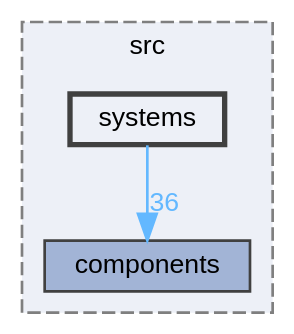
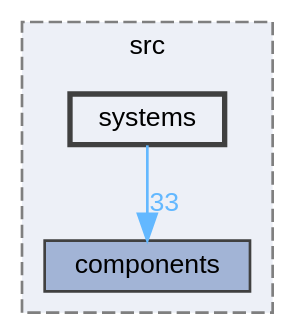
The diagram in dir_b6cc2f1b30b06e8d717dd3f4fede875e_dep.dot (Houpsi/R-Type), drawn with Graphviz before and after one commit. The commit also changed 283 other files, not shown here.

```diff
--- a/dir_b6cc2f1b30b06e8d717dd3f4fede875e_dep.dot
+++ b/dir_b6cc2f1b30b06e8d717dd3f4fede875e_dep.dot
@@ -1,14 +1,14 @@
 digraph "ecs/src/systems"
 {
  // LATEX_PDF_SIZE
   bgcolor="transparent";
   edge [fontname=Helvetica,fontsize=10,labelfontname=Helvetica,labelfontsize=10];
   node [fontname=Helvetica,fontsize=10,shape=box,height=0.2,width=0.4];
   compound=true
   subgraph clusterdir_cd62a81a5498271e83c00ee7432ae4e6 {
     graph [ bgcolor="#edf0f7", pencolor="grey50", label="src", fontname=Helvetica,fontsize=10 style="filled,dashed", URL="dir_cd62a81a5498271e83c00ee7432ae4e6.html",tooltip=""]
   dir_79c5a346a0c3740c5441f87bb4d2087a [label="components", fillcolor="#a2b4d6", color="grey25", style="filled", URL="dir_79c5a346a0c3740c5441f87bb4d2087a.html",tooltip=""];
   dir_b6cc2f1b30b06e8d717dd3f4fede875e [label="systems", fillcolor="#edf0f7", color="grey25", style="filled,bold", URL="dir_b6cc2f1b30b06e8d717dd3f4fede875e.html",tooltip=""];
   }
-  dir_b6cc2f1b30b06e8d717dd3f4fede875e->dir_79c5a346a0c3740c5441f87bb4d2087a [headlabel="36", labeldistance=1.5 headhref="dir_000010_000000.html" href="dir_000010_000000.html" color="steelblue1" fontcolor="steelblue1"];
+  dir_b6cc2f1b30b06e8d717dd3f4fede875e->dir_79c5a346a0c3740c5441f87bb4d2087a [headlabel="33", labeldistance=1.5 headhref="dir_000010_000000.html" href="dir_000010_000000.html" color="steelblue1" fontcolor="steelblue1"];
 }
```
